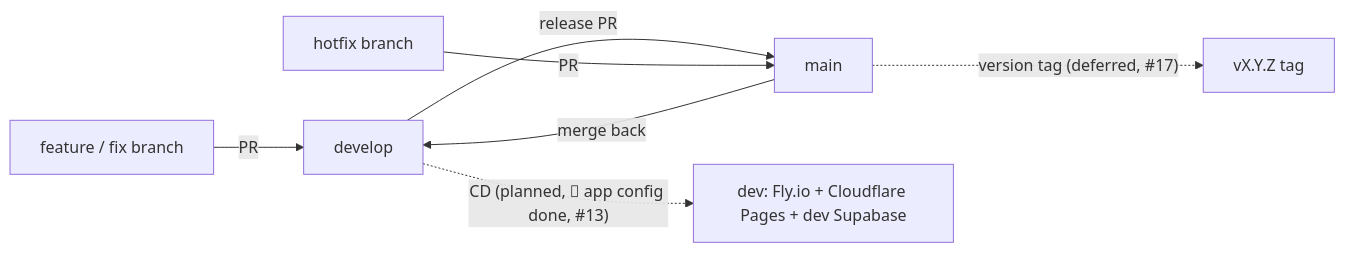
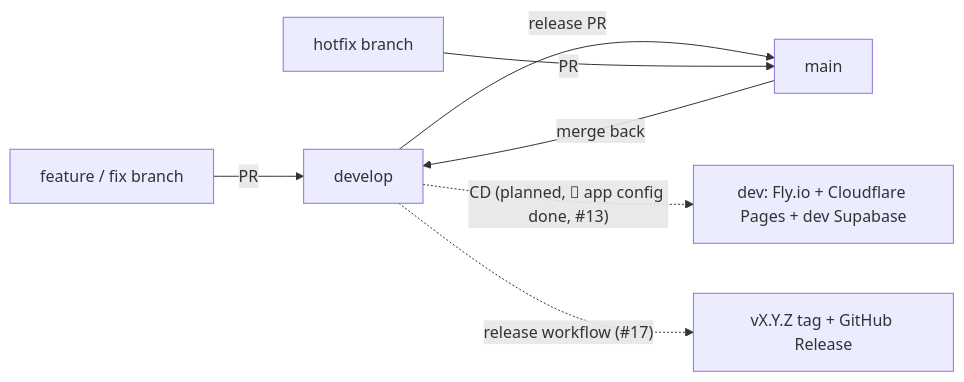
Before and after one commit to LasterBergamot/lineup: the second of 2 diagrams in documentation/Roadmap-Everything-Else.md, drawn with Mermaid. The commit also changed other lines of this file and 12 other files, not shown here.

First line of the commit message:
#17 - Add the release workflow, the version bump task and a single source for the version

````diff
--- a/documentation/Roadmap-Everything-Else.md
+++ b/documentation/Roadmap-Everything-Else.md
@@ -30,9 +30,9 @@
 ```mermaid
 flowchart LR
     F[feature / fix branch] -->|PR| D[develop]
     D -->|"release PR"| M[main]
     H[hotfix branch] -->|PR| M
     M -->|merge back| D
     D -.->|"CD (planned, #8; app config done, #13)"| DEV[dev: Fly.io + Cloudflare Pages + dev Supabase]
-    M -.->|"version tag (deferred, #17)"| REL[vX.Y.Z tag]
+    D -.->|"release workflow (#17)"| REL[vX.Y.Z tag + GitHub Release]
 ```
````
